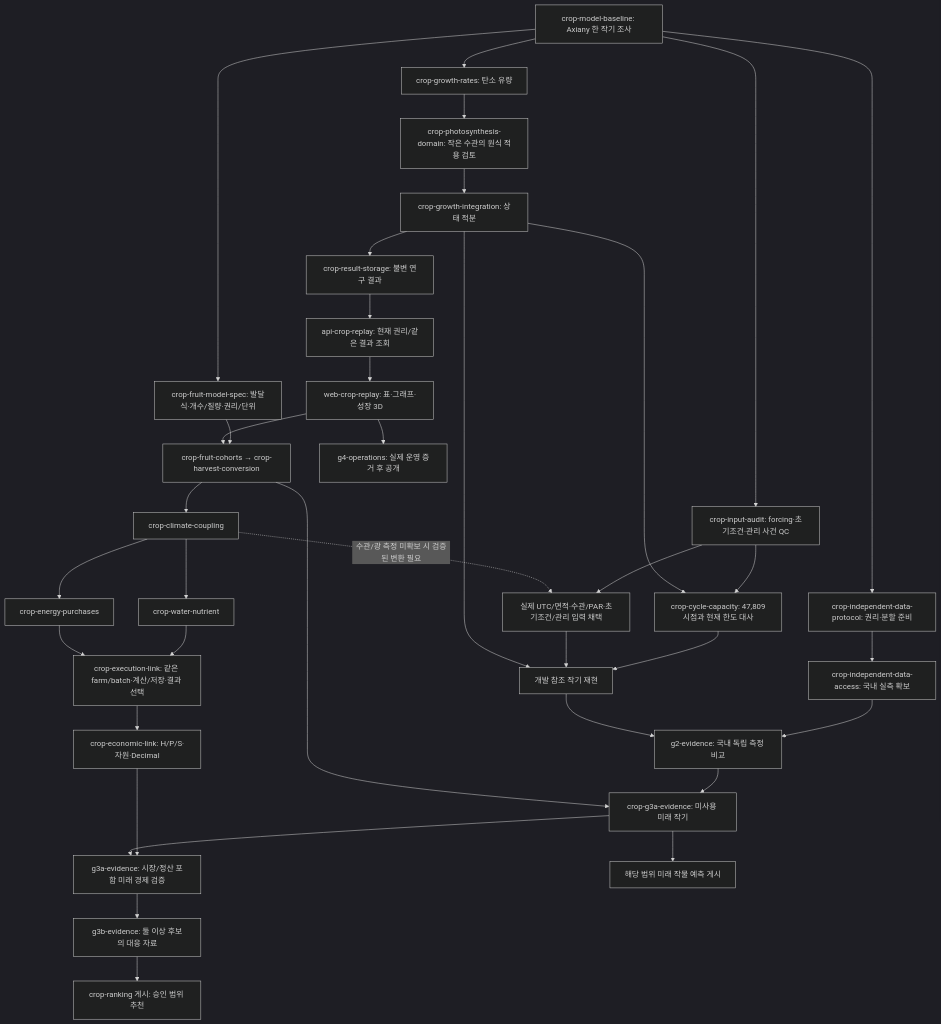
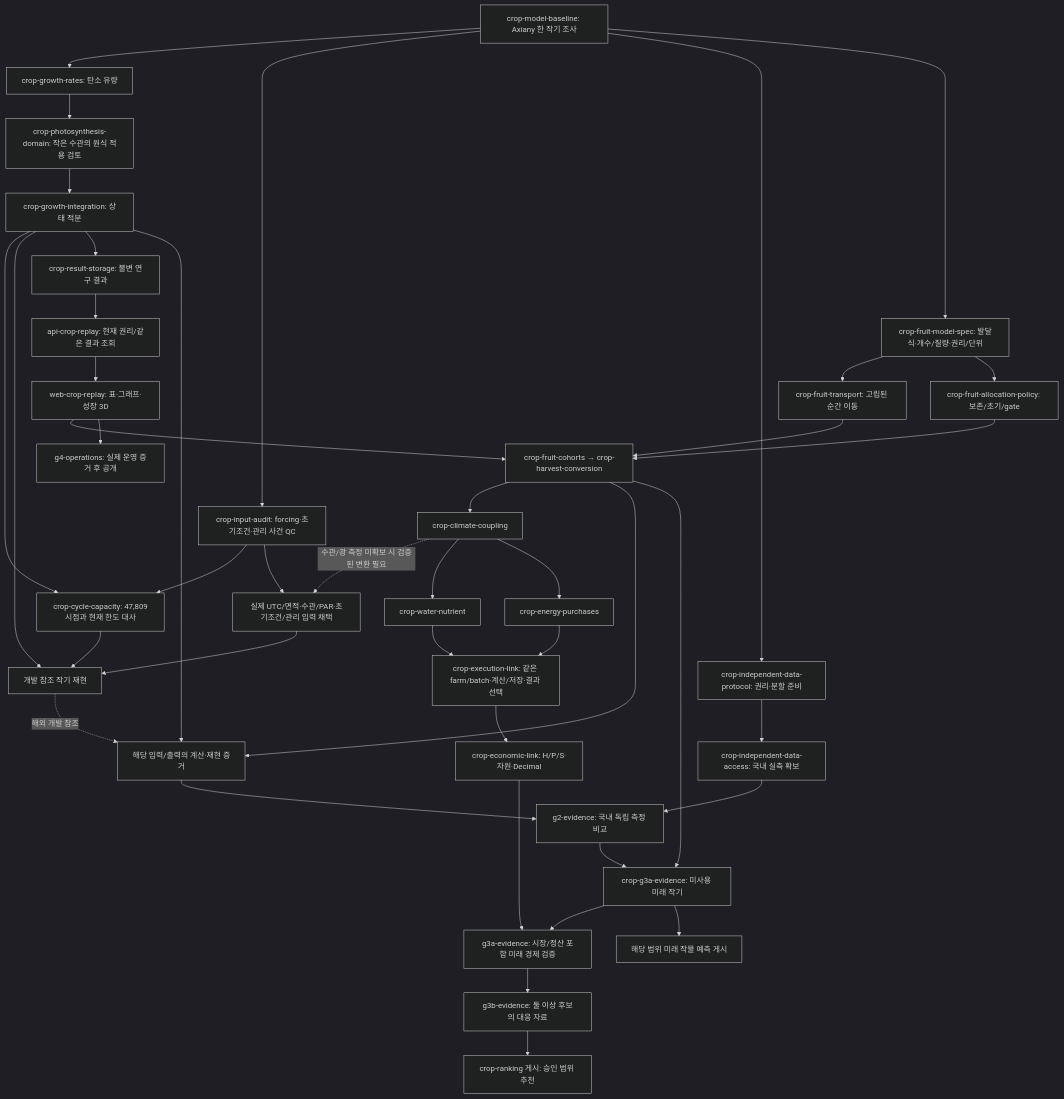
One commit to KIMSUNGHOON/OpenSmartFarmSim changed the first of 2 diagrams in tasks/plan.md. Above: the diagram before and after it, drawn with Mermaid (dark theme). The commit also changed other lines of this file and 13 other files, not shown here.

Commit message:
docs(crop): specify fruit transport and preserve allocation holds

````diff
--- a/tasks/plan.md
+++ b/tasks/plan.md
@@ -20,38 +20,44 @@
 ```mermaid
 flowchart TD
   B["crop-model-baseline: Axiany 한 작기 조사"] --> R["crop-growth-rates: 탄소 유량"]
   B --> Q["crop-input-audit: forcing·초기조건·관리 사건 QC"]
   B --> AP["crop-independent-data-protocol: 권리·분할 준비"]
   AP --> A["crop-independent-data-access: 국내 실측 확보"]
   R --> D["crop-photosynthesis-domain: 작은 수관의 원식 적용 검토"]
   D --> I["crop-growth-integration: 상태 적분"]
   Q --> CAP["crop-cycle-capacity: 47,809시점과 현재 한도 대사"]
   I --> CAP
   CAP --> X["개발 참조 작기 재현"]
   Q --> AQ["실제 UTC/면적·수관/PAR·초기조건/관리 입력 채택"]
   AQ --> X
   I --> X
   I --> S["crop-result-storage: 불변 연구 결과"]
   S --> API["api-crop-replay: 현재 권리/같은 결과 조회"]
   API --> V["web-crop-replay: 표·그래프·성장 3D"]
   B --> FM["crop-fruit-model-spec: 발달식·개수/질량·권리/단위"]
-  FM --> F["crop-fruit-cohorts → crop-harvest-conversion"]
+  FM --> FT["crop-fruit-transport: 고립된 순간 이동"]
+  FM --> FP["crop-fruit-allocation-policy: 보존/초기/gate"]
+  FT --> F["crop-fruit-cohorts → crop-harvest-conversion"]
+  FP --> F
   V --> F
   F --> C["crop-climate-coupling"]
   C -. 수관/광 측정 미확보 시 검증된 변환 필요 .-> AQ
   C --> W["crop-water-nutrient"]
   C --> E["crop-energy-purchases"]
   W --> L["crop-execution-link: 같은 farm/batch·계산/저장·결과 선택"]
   E --> L
   L --> M["crop-economic-link: H/P/S·자원·Decimal"]
   A --> G2["g2-evidence: 국내 독립 측정 비교"]
-  X --> G2
+  I --> CALC["해당 입력/출력의 계산·재현 증거"]
+  F --> CALC
+  X -. 해외 개발 참조 .-> CALC
+  CALC --> G2
   G2 --> G3A["crop-g3a-evidence: 미사용 미래 작기"]
   F --> G3A
   M --> EC["g3a-evidence: 시장/정산 포함 미래 경제 검증"]
   G3A --> EC
   G3A --> P["해당 범위 미래 작물 예측 게시"]
   EC --> PAIR["g3b-evidence: 둘 이상 후보의 대응 자료"]
   PAIR --> REC["crop-ranking 게시: 승인 범위 추천"]
   V --> PUB["g4-operations: 실제 운영 증거 후 공개"]
 ```
````
